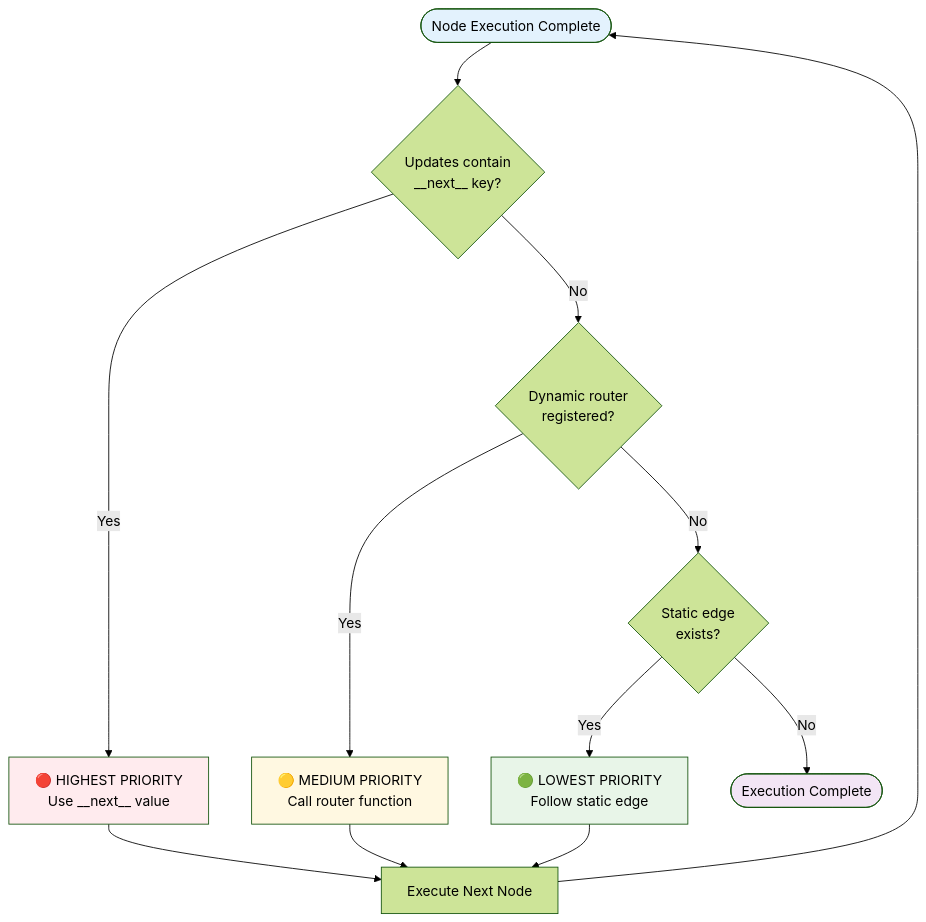
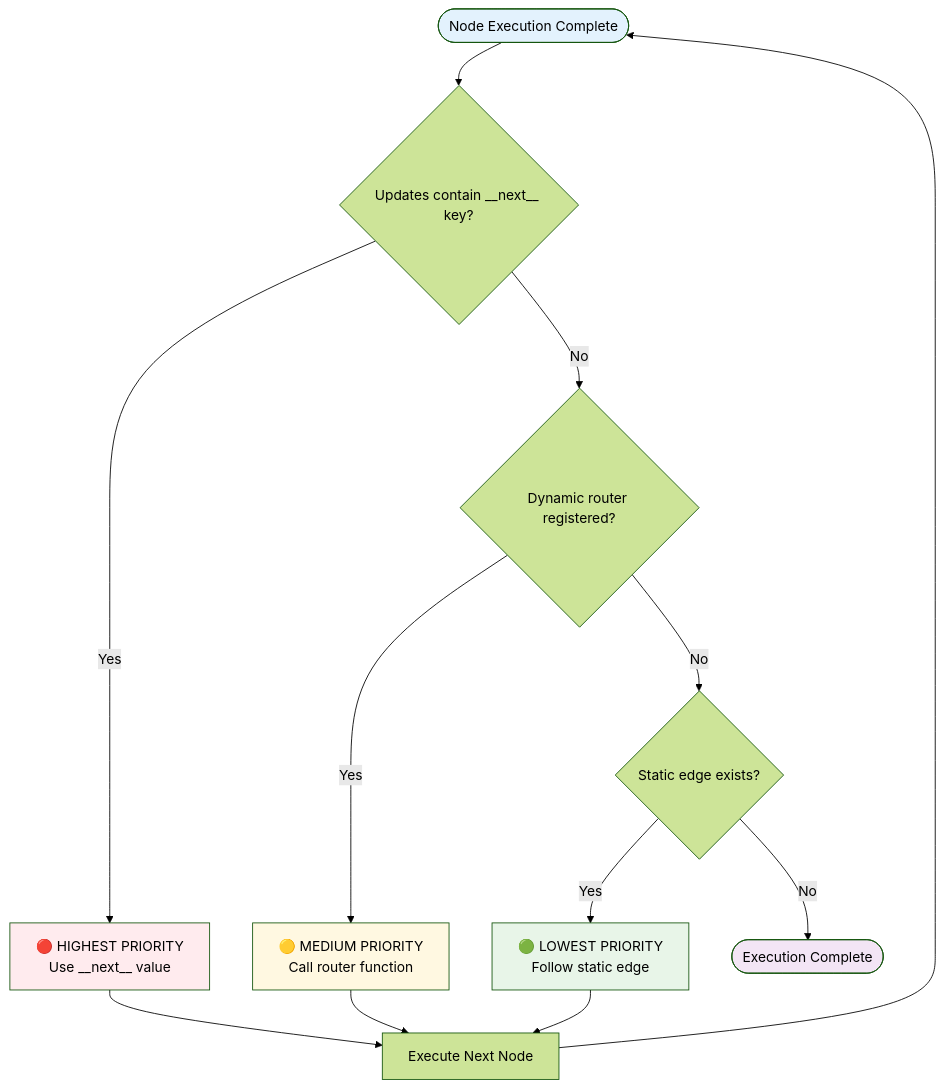
The third of 6 diagrams in README.md (skarthi369/simple-graph), drawn with Mermaid (forest theme) before and after one commit. The commit also changed other lines of this file, not shown here.

Commit message:
fix: Correct Mermaid diagram syntax for proper GitHub rendering
- Fixed line break syntax in node labels (removed <br/> tags causing parse errors)
- Ensured proper Mermaid flowchart syntax for routing priority diagram
- All diagrams should now render correctly on GitHub

````diff
--- a/README.md
+++ b/README.md
@@ -123,24 +123,24 @@
 ```mermaid
 flowchart TD
-    START([Node Execution Complete]) --> CHECK1{Updates contain<br/>__next__ key?}
+    START([Node Execution Complete]) --> CHECK1{"Updates contain __next__ key?"}
     
-    CHECK1 -->|Yes| PRIORITY1[🔴 HIGHEST PRIORITY<br/>Use __next__ value]
-    CHECK1 -->|No| CHECK2{Dynamic router<br/>registered?}
+    CHECK1 -->|Yes| PRIORITY1["🔴 HIGHEST PRIORITY<br/>Use __next__ value"]
+    CHECK1 -->|No| CHECK2{"Dynamic router registered?"}
     
-    CHECK2 -->|Yes| PRIORITY2[🟡 MEDIUM PRIORITY<br/>Call router function]
-    CHECK2 -->|No| CHECK3{Static edge<br/>exists?}
+    CHECK2 -->|Yes| PRIORITY2["🟡 MEDIUM PRIORITY<br/>Call router function"]
+    CHECK2 -->|No| CHECK3{"Static edge exists?"}
     
-    CHECK3 -->|Yes| PRIORITY3[🟢 LOWEST PRIORITY<br/>Follow static edge]
+    CHECK3 -->|Yes| PRIORITY3["🟢 LOWEST PRIORITY<br/>Follow static edge"]
     CHECK3 -->|No| END([Execution Complete])
     
     PRIORITY1 --> NEXT[Execute Next Node]
     PRIORITY2 --> NEXT
     PRIORITY3 --> NEXT
     NEXT --> START
     
     style PRIORITY1 fill:#ffebee
     style PRIORITY2 fill:#fff8e1
     style PRIORITY3 fill:#e8f5e8
     style START fill:#e3f2fd
     style END fill:#f3e5f5
 ```
````
